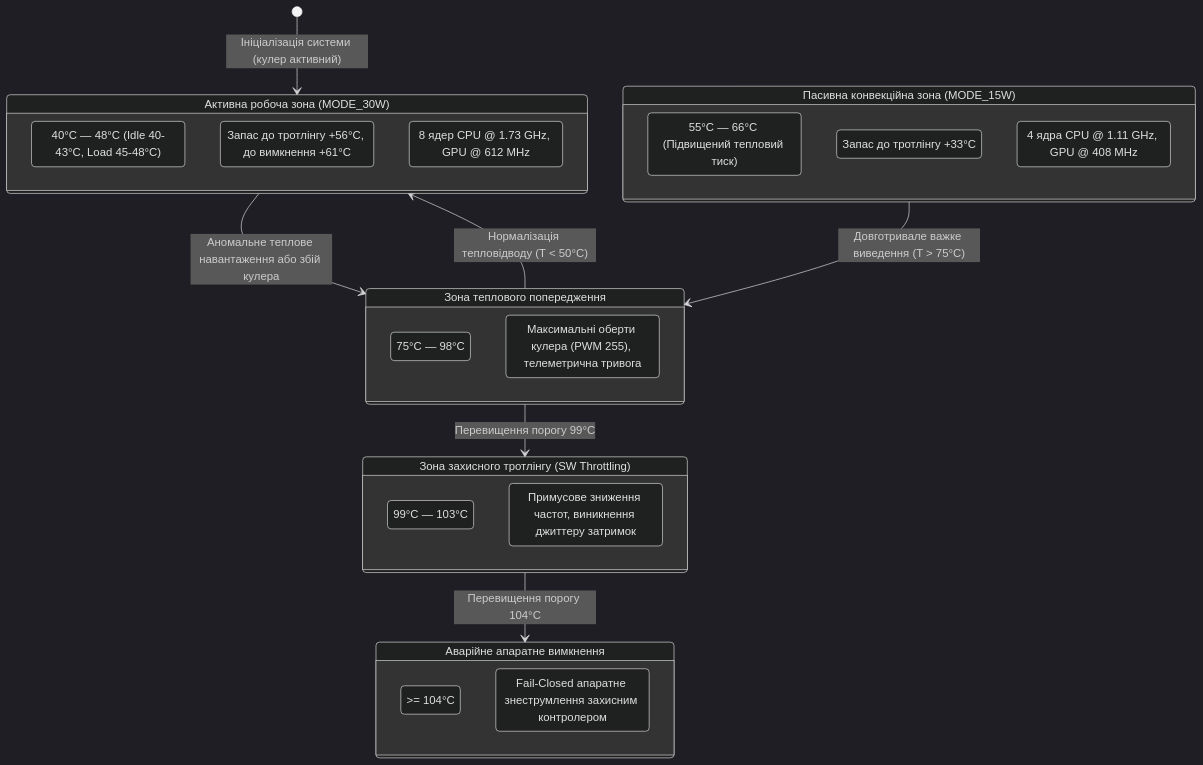
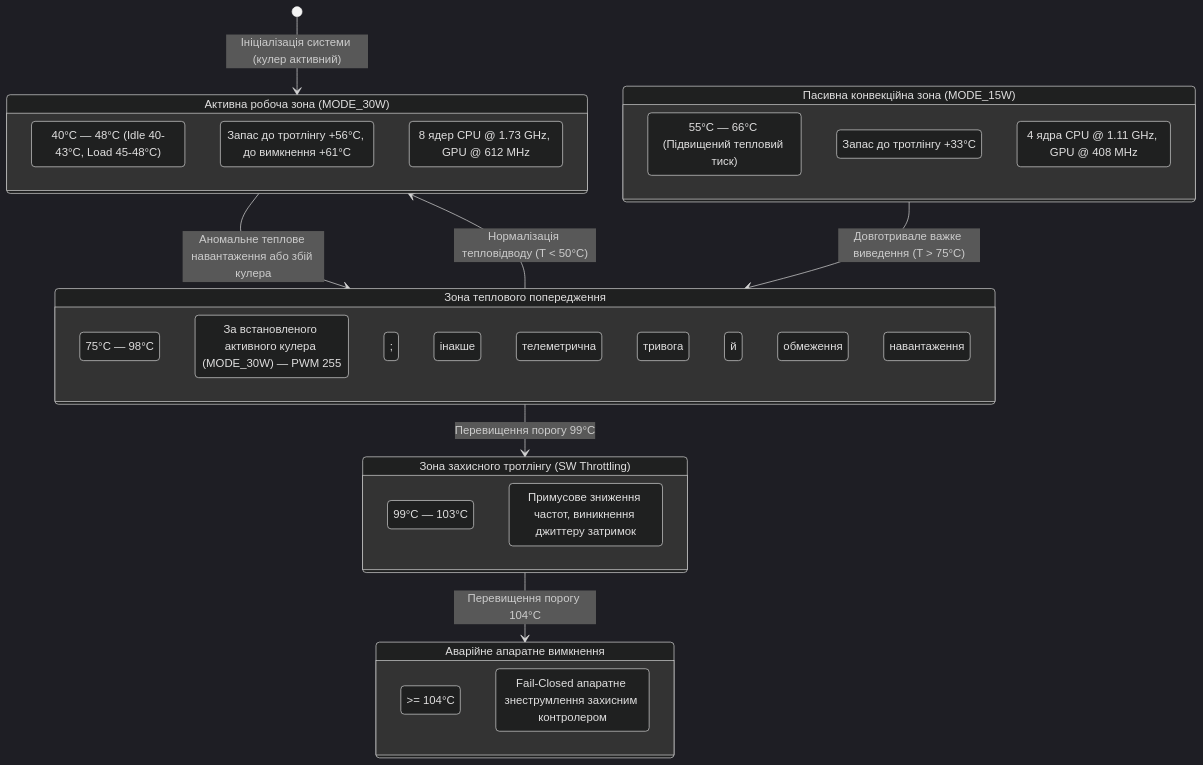
One commit to nick-fedchik/articles changed the tenth of 14 diagrams in ExpertSystem/ch18-execution-infrastructure.md. Above: the diagram before and after it, drawn with Mermaid (dark theme). The commit also changed other lines of this file and 193 other files, not shown here.

````diff
--- a/ExpertSystem/ch18-execution-infrastructure.md
+++ b/ExpertSystem/ch18-execution-infrastructure.md
@@ -825,40 +825,40 @@
 ```mermaid
 stateDiagram-v2
     accTitle: Термодинамічні зони та периметр безпеки Jetson AGX Orin
     accDescr: Діаграма станів і температурних порогів бортового обчислювача від номінальної зони охолодження до апаратного аварійного відсікання.
 
     [*] --> ActiveCooledZone: Ініціалізація системи (кулер активний)
     
     state "Активна робоча зона (MODE_30W)" as ActiveCooledZone {
         ActiveTemp: 40°C — 48°C (Idle 40-43°C, Load 45-48°C)
         ActiveMargin: Запас до тротлінгу +56°C, до вимкнення +61°C
         ActivePerf: 8 ядер CPU @ 1.73 GHz, GPU @ 612 MHz
     }
 
     state "Пасивна конвекційна зона (MODE_15W)" as PassiveZone {
         PassiveTemp: 55°C — 66°C (Підвищений тепловий тиск)
         PassiveMargin: Запас до тротлінгу +33°C
         PassivePerf: 4 ядра CPU @ 1.11 GHz, GPU @ 408 MHz
     }
 
     state "Зона теплового попередження" as WarningZone {
         WarningTemp: 75°C — 98°C
-        WarningAction: Максимальні оберти кулера (PWM 255), телеметрична тривога
+        WarningAction: За встановленого активного кулера (MODE_30W) — PWM 255; інакше телеметрична тривога й обмеження навантаження
     }
 
     state "Зона захисного тротлінгу (SW Throttling)" as ThrottleZone {
         ThrottleTemp: 99°C — 103°C
         ThrottleAction: Примусове зниження частот, виникнення джиттеру затримок
     }
 
     state "Аварійне апаратне вимкнення" as ShutdownState {
         ShutdownTemp: >= 104°C
         ShutdownAction: Fail-Closed апаратне знеструмлення захисним контролером
     }
 
     ActiveCooledZone --> WarningZone: Аномальне теплове навантаження або збій кулера
     PassiveZone --> WarningZone: Довготривале важке виведення (T > 75°C)
     WarningZone --> ThrottleZone: Перевищення порогу 99°C
     ThrottleZone --> ShutdownState: Перевищення порогу 104°C
     WarningZone --> ActiveCooledZone: Нормалізація тепловідводу (T < 50°C)
 ```
````
